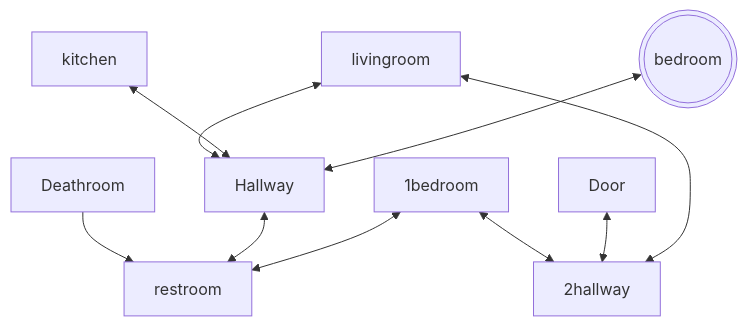
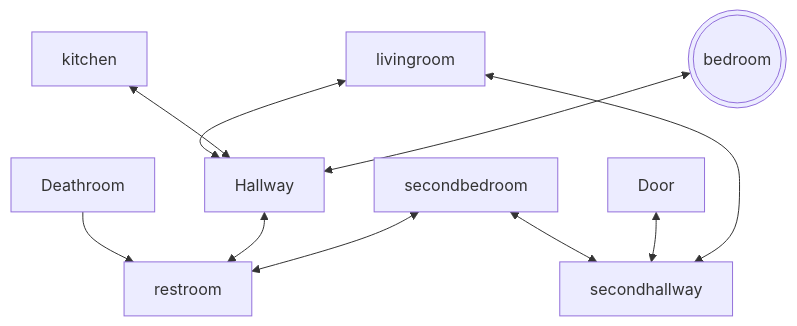
Before and after one commit to 1-graybolt/1-graybolt.github.io: the diagram in projects/game/README.md, drawn with Mermaid. The commit also changed other lines of this file, not shown here.

Commit message:
renamed some of the names in my map in the README file.

````diff
--- a/projects/game/README.md
+++ b/projects/game/README.md
@@ -9,12 +9,12 @@
 ```mermaid
 graph TD;
     bedroom(((bedroom)))<-->Hallway;
     kitchen<-->Hallway;
     livingroom<-->Hallway;
-    livingroom<-->2hallway;
-    Door<-->2hallway;
-    1bedroom<-->2hallway;
-    1bedroom<-->restroom;
+    livingroom<-->secondhallway;
+    Door<-->secondhallway;
+    secondbedroom<-->secondhallway;
+    secondbedroom<-->restroom;
     Hallway<-->restroom;
     Deathroom-->restroom;
 ```
````
